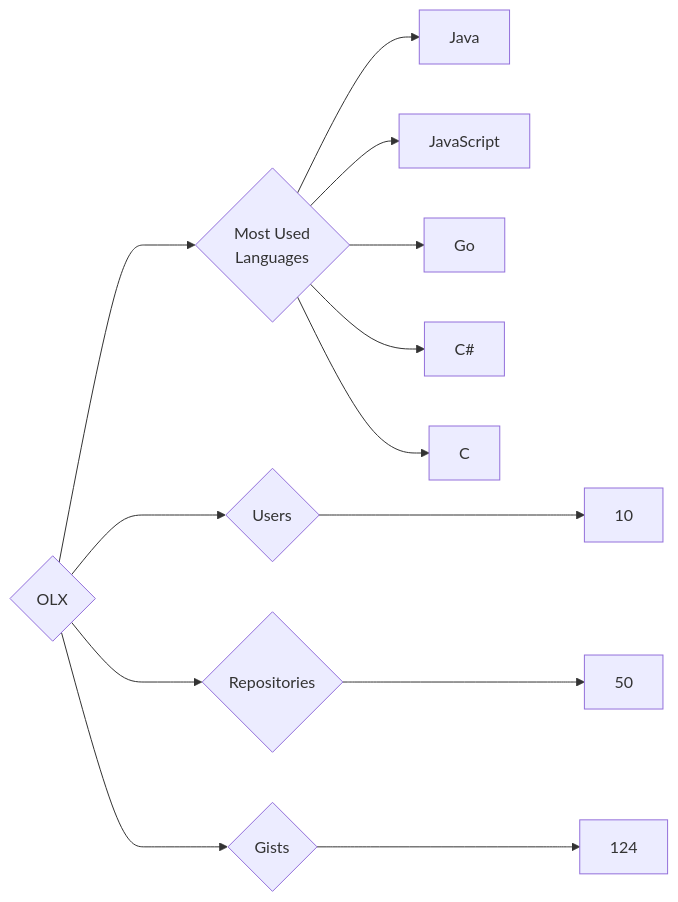
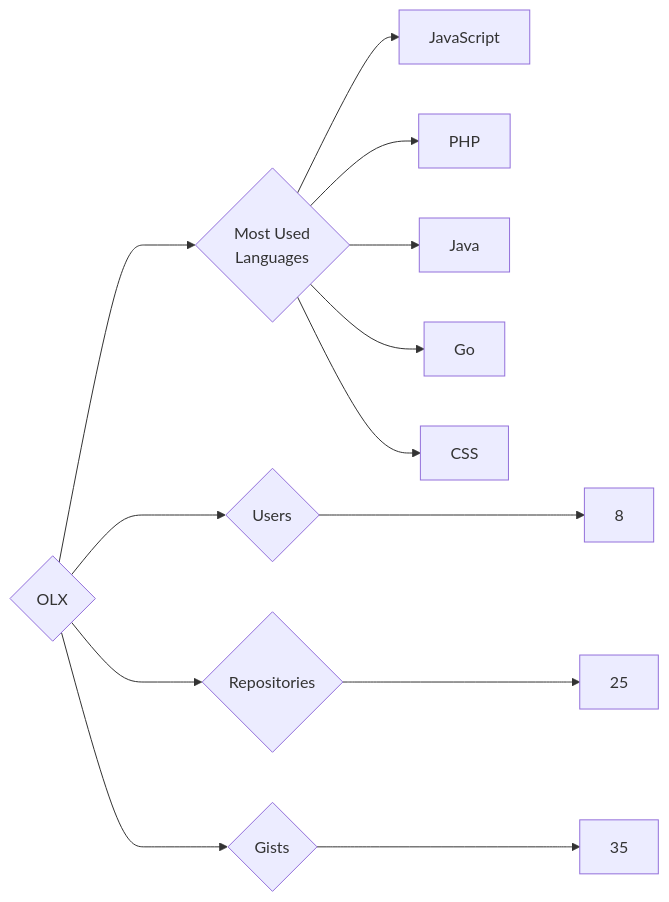
Before and after one commit to trickest/insiders: the diagram in targets/OLX/README.md, drawn with Mermaid. The commit also changed 1508 other files, not shown here.

````diff
--- a/targets/OLX/README.md
+++ b/targets/OLX/README.md
@@ -3,13 +3,13 @@
 ```mermaid
 graph LR
 COMPANY_NAME{OLX}
-COMPANY_NAME ---> U{Users} ---> UN[10]
-COMPANY_NAME ---> R{Repositories} ---> RN[50]
-COMPANY_NAME ---> G{Gists} ---> GN[124]
+COMPANY_NAME ---> U{Users} ---> UN[8]
+COMPANY_NAME ---> R{Repositories} ---> RN[25]
+COMPANY_NAME ---> G{Gists} ---> GN[35]
 COMPANY_NAME ---> ML{Most Used<br>Languages}
+ML --> JavaScript[JavaScript]
+ML --> PHP[PHP]
 ML --> Java[Java]
-ML --> JavaScript[JavaScript]
 ML --> Go[Go]
-ML --> C#[C#]
-ML --> C[C]
+ML --> CSS[CSS]
 ```
````
